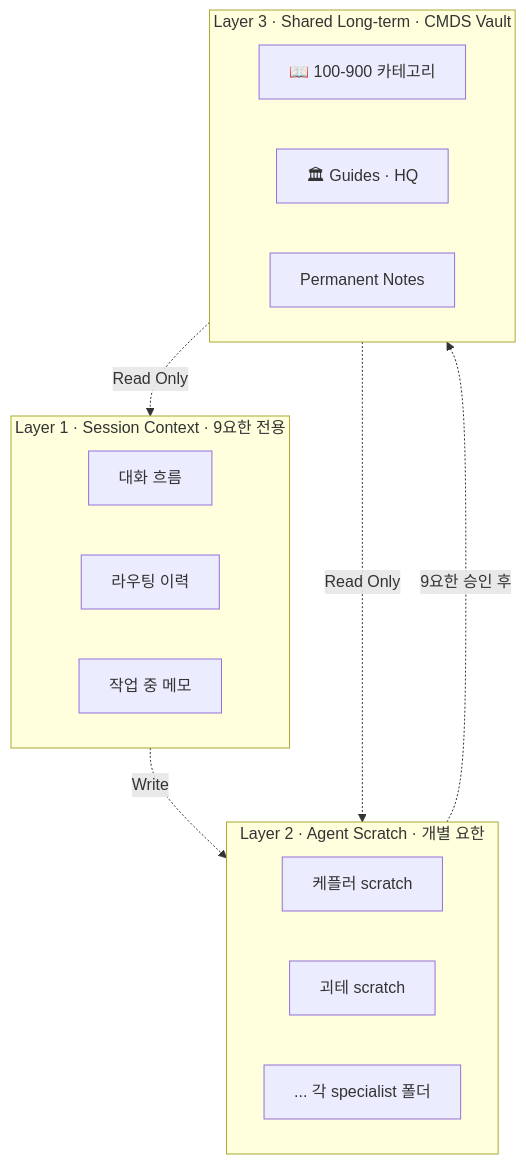
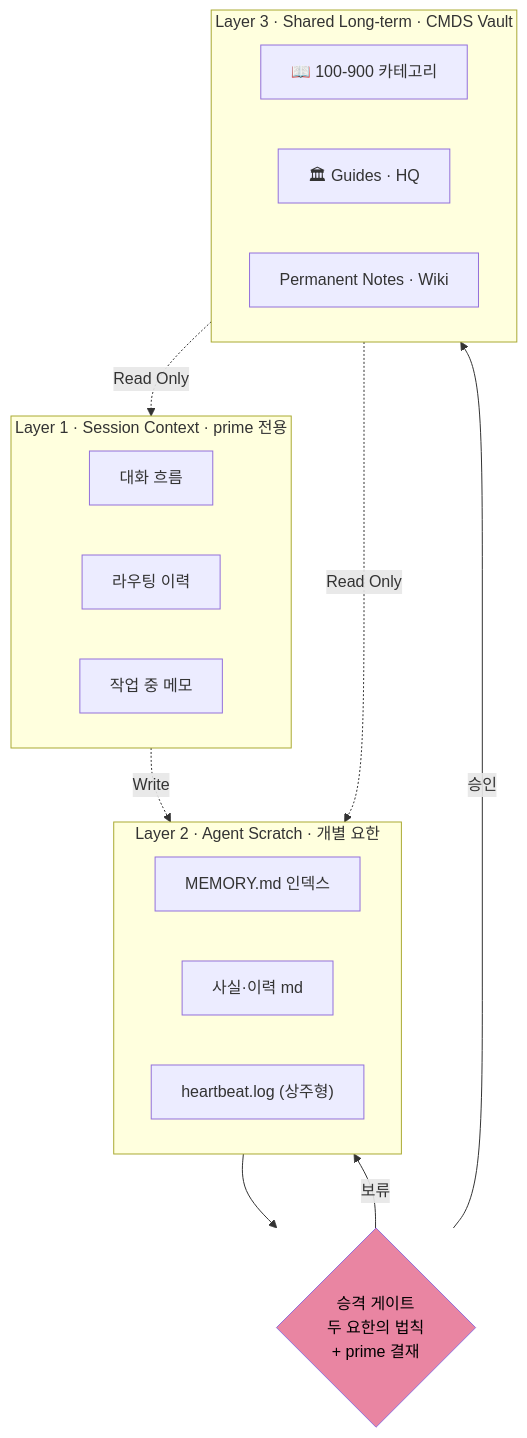
Before and after one commit to johnfkoo951/9yohan-constellation: the ninth of 9 diagrams in docs/files/workflows.md, drawn with Mermaid. The commit also changed other lines of this file and 15 other files, not shown here.

````diff
--- a/docs/files/workflows.md
+++ b/docs/files/workflows.md
@@ -249,22 +332,28 @@
 ```mermaid
 flowchart TB
-    subgraph L1["Layer 1 · Session Context · 9요한 전용"]
+    subgraph L1["Layer 1 · Session Context · prime 전용"]
         S1["대화 흐름"]
         S2["라우팅 이력"]
         S3["작업 중 메모"]
     end
     subgraph L2["Layer 2 · Agent Scratch · 개별 요한"]
-        A1["케플러 scratch"]
-        A2["괴테 scratch"]
-        A3["... 각 specialist 폴더"]
+        A1["MEMORY.md 인덱스"]
+        A2["사실·이력 md"]
+        A3["heartbeat.log (상주형)"]
     end
     subgraph L3["Layer 3 · Shared Long-term · CMDS Vault"]
         V1["📖 100-900 카테고리"]
         V2["🏛 Guides · HQ"]
-        V3["Permanent Notes"]
+        V3["Permanent Notes · Wiki"]
     end
+    GATE{"승격 게이트<br/>두 요한의 법칙<br/>+ prime 결재"}
+
     L1 -.Write.-> L2
-    L2 -.9요한 승인 후.-> L3
+    L2 --> GATE
+    GATE -->|"승인"| L3
+    GATE -->|"보류"| L2
     L3 -.Read Only.-> L1
     L3 -.Read Only.-> L2
+
+    style GATE fill:#E985A2,color:#000
 ```
````
